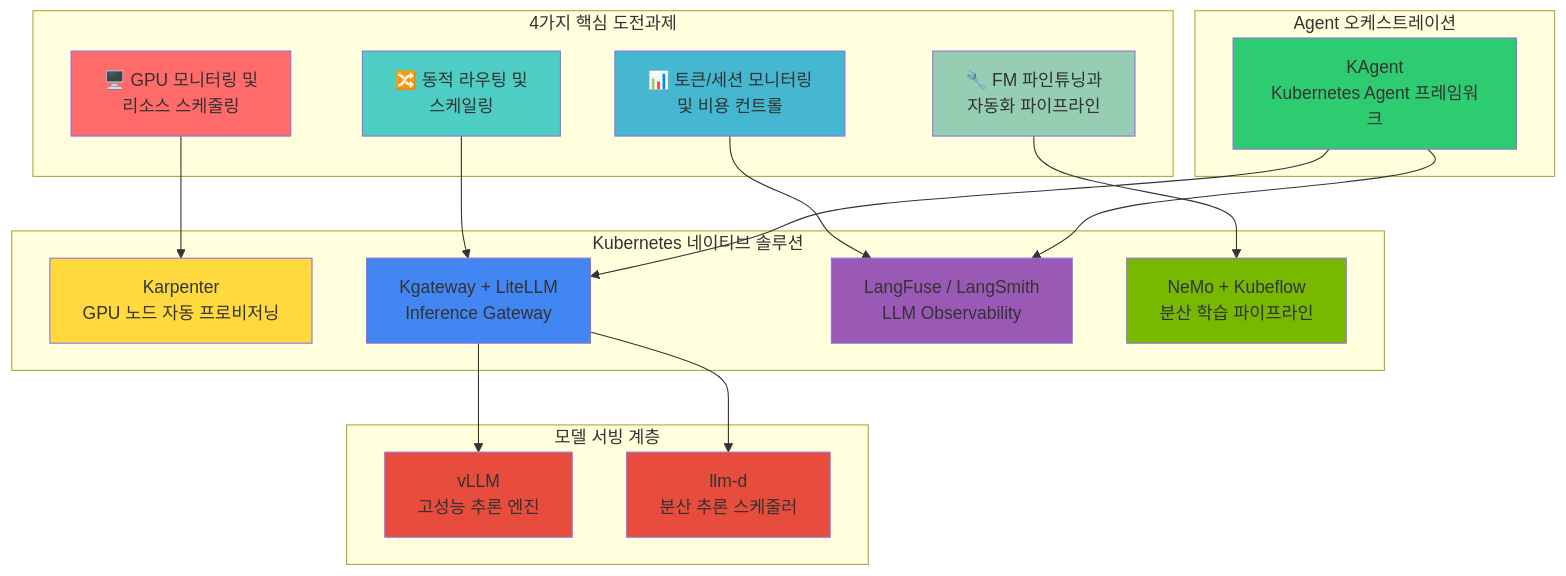
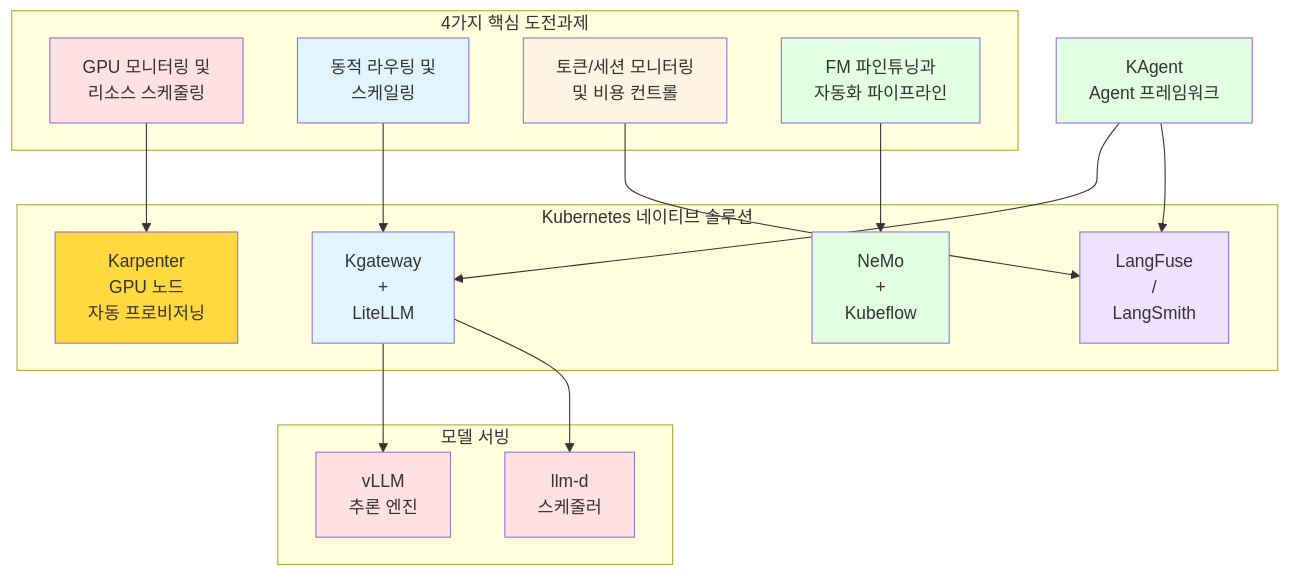
Before and after one commit to devfloor9/engineering-playbook: the fourth of 16 diagrams in docs/agentic-ai-platform/design-architecture/agentic-ai-challenges.md, drawn with Mermaid. The commit also changed other lines of this file and 24 other files, not shown here.

````diff
--- a/docs/agentic-ai-platform/design-architecture/agentic-ai-challenges.md
+++ b/docs/agentic-ai-platform/design-architecture/agentic-ai-challenges.md
@@ -154,47 +156,45 @@
 ```mermaid
-graph TB
-    subgraph "4가지 핵심 도전과제"
-        C1["🖥️ GPU 모니터링 및<br/>리소스 스케줄링"]
-        C2["🔀 동적 라우팅 및<br/>스케일링"]
-        C3["📊 토큰/세션 모니터링<br/>및 비용 컨트롤"]
-        C4["🔧 FM 파인튜닝과<br/>자동화 파이프라인"]
+flowchart TD
+    subgraph Challenges["4가지 핵심 도전과제"]
+        C1["GPU 모니터링 및<br/>리소스 스케줄링"]
+        C2["동적 라우팅 및<br/>스케일링"]
+        C3["토큰/세션 모니터링<br/>및 비용 컨트롤"]
+        C4["FM 파인튜닝과<br/>자동화 파이프라인"]
     end
 
-    subgraph "Kubernetes 네이티브 솔루션"
-        S1["Karpenter<br/>GPU 노드 자동 프로비저닝"]
-        S2["Kgateway + LiteLLM<br/>Inference Gateway"]
-        S3["LangFuse / LangSmith<br/>LLM Observability"]
-        S4["NeMo + Kubeflow<br/>분산 학습 파이프라인"]
+    subgraph K8sSolutions["Kubernetes 네이티브 솔루션"]
+        S1["Karpenter<br/>GPU 노드<br/>자동 프로비저닝"]
+        S2["Kgateway<br/>+<br/>LiteLLM"]
+        S3["LangFuse<br/>/<br/>LangSmith"]
+        S4["NeMo<br/>+<br/>Kubeflow"]
     end
 
-    subgraph "모델 서빙 계층"
-        VLLM["vLLM<br/>고성능 추론 엔진"]
-        LLMD["llm-d<br/>분산 추론 스케줄러"]
+    subgraph ModelServing["모델 서빙"]
+        VLLM["vLLM<br/>추론 엔진"]
+        LLMD["llm-d<br/>스케줄러"]
     end
 
-    subgraph "Agent 오케스트레이션"
-        KAGENT["KAgent<br/>Kubernetes Agent 프레임워크"]
-    end
+    KAGENT["KAgent<br/>Agent 프레임워크"]
 
     C1 --> S1
     C2 --> S2
     C3 --> S3
     C4 --> S4
 
     S2 --> VLLM
     S2 --> LLMD
     KAGENT --> S2
     KAGENT --> S3
 
-    style C1 fill:#ff6b6b
-    style C2 fill:#4ecdc4
-    style C3 fill:#45b7d1
-    style C4 fill:#96ceb4
+    style C1 fill:#ffe1e1
+    style C2 fill:#e1f5ff
+    style C3 fill:#fff4e1
+    style C4 fill:#e1ffe1
     style S1 fill:#ffd93d
-    style S2 fill:#4286f4
-    style S3 fill:#9b59b6
-    style S4 fill:#76b900
-    style VLLM fill:#e74c3c
-    style LLMD fill:#e74c3c
-    style KAGENT fill:#2ecc71
+    style S2 fill:#e1f5ff
+    style S3 fill:#f0e1ff
+    style S4 fill:#e1ffe1
+    style VLLM fill:#ffe1e1
+    style LLMD fill:#ffe1e1
+    style KAGENT fill:#e1ffe1
 ```
````
